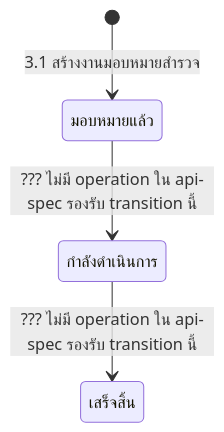
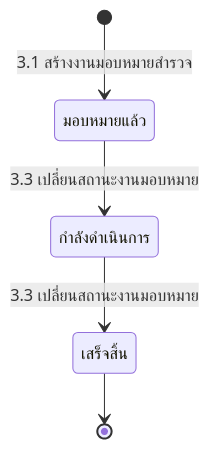
One commit to sirikorn-cmru/CrackAI-Field changed the second of 2 diagrams in docs/02-design/02-technical/detailed-design/team-assignment.md. Above: the diagram before and after it, drawn with Mermaid. The commit also changed other lines of this file and 11 other files, not shown here.

````diff
--- a/docs/02-design/02-technical/detailed-design/team-assignment.md
+++ b/docs/02-design/02-technical/detailed-design/team-assignment.md
@@ -41,6 +52,7 @@
 ```mermaid
 stateDiagram-v2
     [*] --> มอบหมายแล้ว : 3.1 สร้างงานมอบหมายสำรวจ
-    มอบหมายแล้ว --> กำลังดำเนินการ : ??? ไม่มี operation ใน api-spec รองรับ transition นี้
-    กำลังดำเนินการ --> เสร็จสิ้น : ??? ไม่มี operation ใน api-spec รองรับ transition นี้
+    มอบหมายแล้ว --> กำลังดำเนินการ : 3.3 เปลี่ยนสถานะงานมอบหมาย
+    กำลังดำเนินการ --> เสร็จสิ้น : 3.3 เปลี่ยนสถานะงานมอบหมาย
+    เสร็จสิ้น --> [*]
 ```
````
